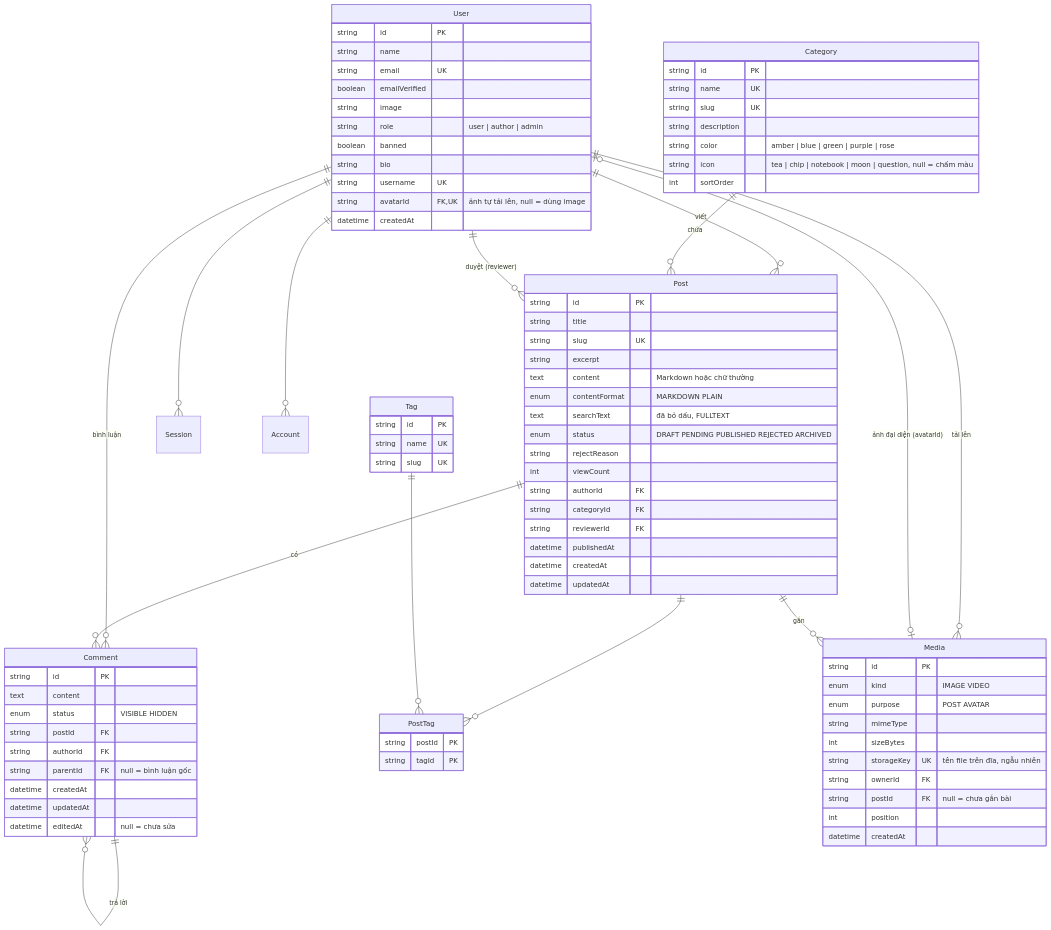
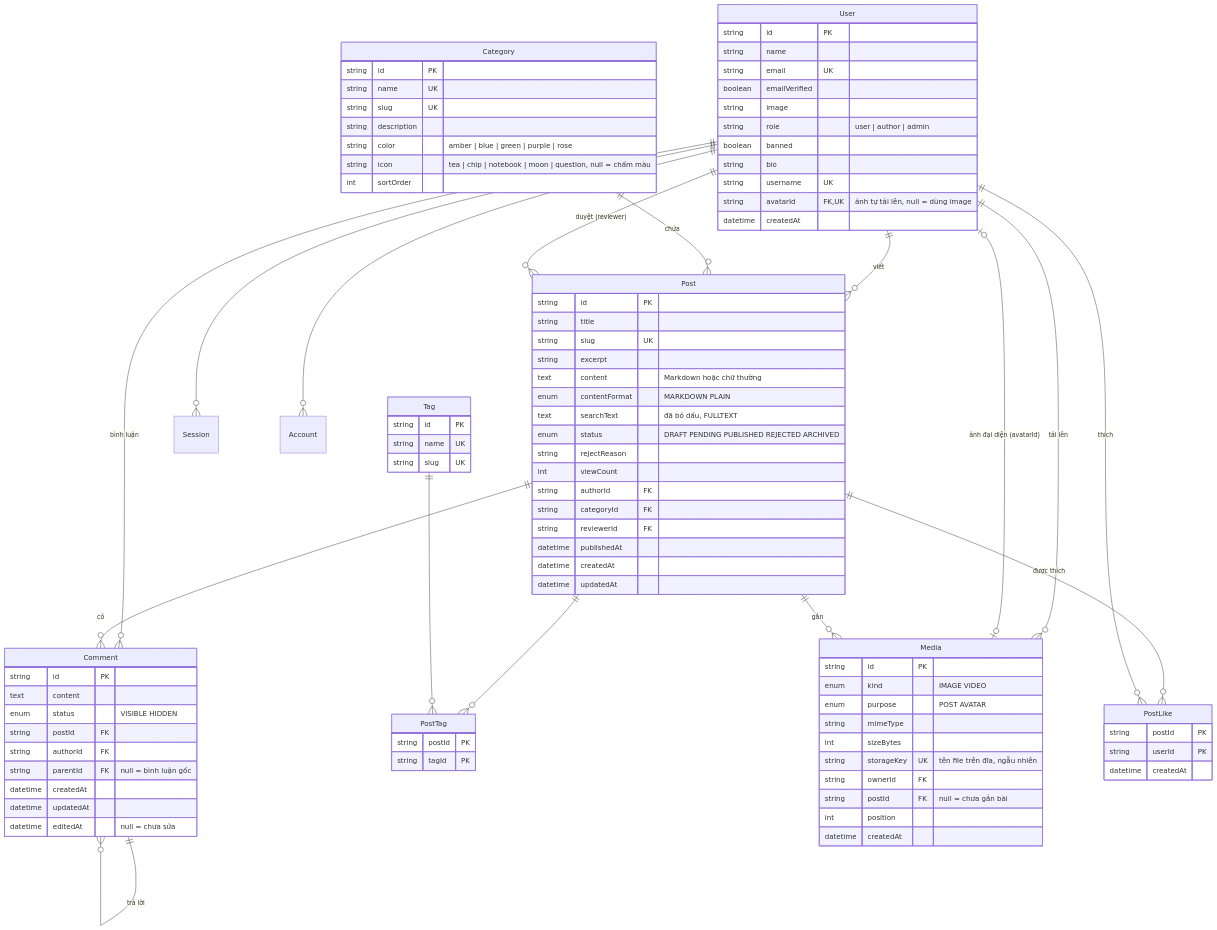
The diagram in docs/co-so-du-lieu.md (HNgTruc/Xom-Nho), drawn with Mermaid before and after one commit. The commit also changed other lines of this file and 4 other files, not shown here.

```diff
--- a/docs/co-so-du-lieu.md
+++ b/docs/co-so-du-lieu.md
@@ -19,6 +19,8 @@
   User |o--o| Media : "ảnh đại diện (avatarId)"
   Post ||--o{ Media : "gắn"
   User ||--o{ Post : "duyệt (reviewer)"
+  Post ||--o{ PostLike : "được thích"
+  User ||--o{ PostLike : "thích"
 
   User {
     string id PK
@@ -81,6 +83,11 @@
     string postId PK
     string tagId PK
   }
+  PostLike {
+    string postId PK
+    string userId PK
+    datetime createdAt
+  }
   Comment {
     string id PK
     text content
```
